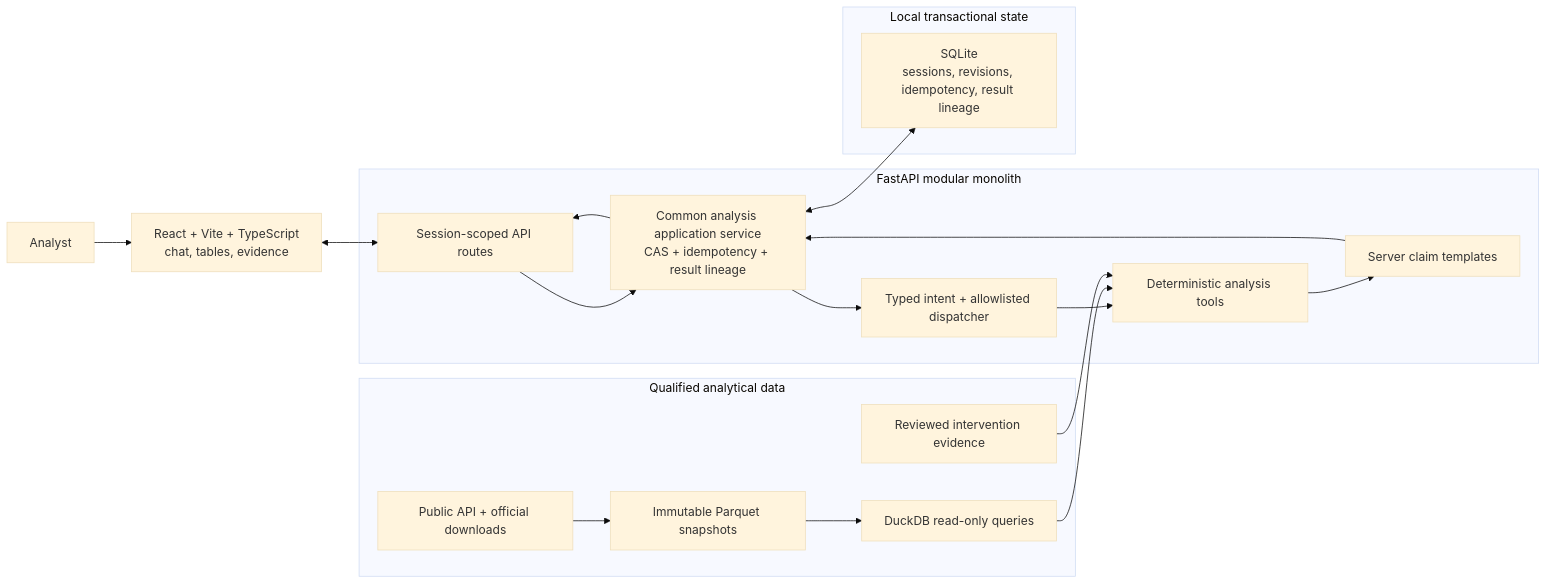
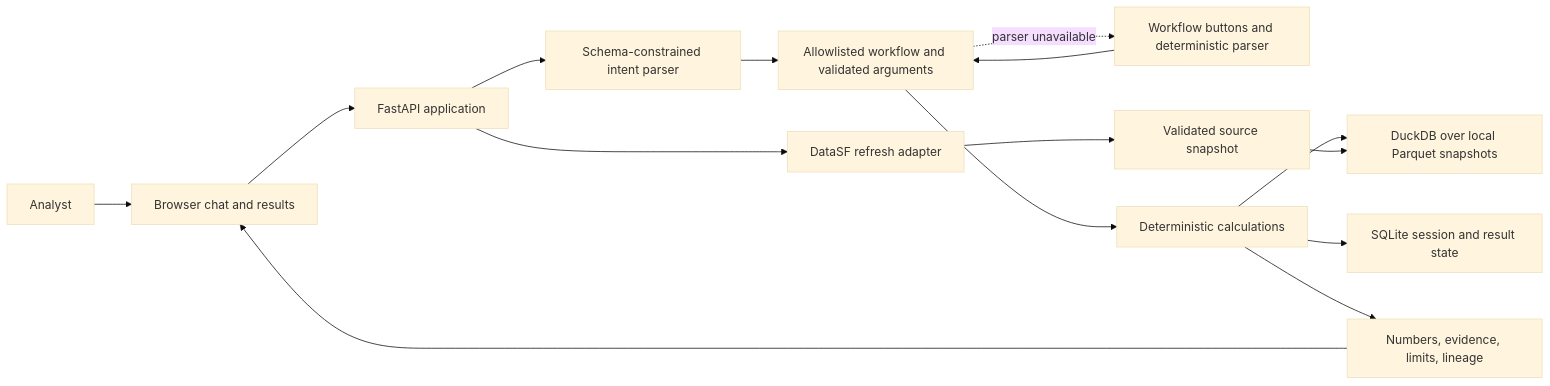
One commit to Bar-Bettash/deloitte-home-assignment changed the first of 2 diagrams in README.md. Above: the diagram before and after it, drawn with Mermaid (base theme). The commit also changed other lines of this file and 2 other files, not shown here.

````diff
--- a/README.md
+++ b/README.md
@@ -66,34 +20,17 @@
 ```mermaid
 flowchart LR
-    Analyst[Analyst] --> UI[React + Vite + TypeScript<br/>chat, tables, evidence]
-
-    subgraph Backend[FastAPI modular monolith]
-      API[Session-scoped API routes]
-      Service[Common analysis application service<br/>CAS + idempotency + result lineage]
-      Agent[Typed intent + allowlisted dispatcher]
-      Tools[Deterministic analysis tools]
-      Render[Server claim templates]
-      API --> Service
-      Service --> Agent --> Tools --> Render --> Service
-      Service --> API
-    end
-
-    UI <--> API
-
-    subgraph Data[Qualified analytical data]
-      Sources[Public API + official downloads]
-      Snapshots[Immutable Parquet snapshots]
-      Query[DuckDB read-only queries]
-      Evidence[Reviewed intervention evidence]
-      Sources --> Snapshots --> Query
-    end
-
-    Query --> Tools
-    Evidence --> Tools
-
-    subgraph State[Local transactional state]
-      SQLite[SQLite<br/>sessions, revisions, idempotency, result lineage]
-    end
-
-    Service <--> SQLite
+  User[Analyst] --> UI[Browser chat and results]
+  UI --> API[FastAPI application]
+  API --> AI[Schema-constrained intent parser]
+  AI --> Router[Allowlisted workflow and validated arguments]
+  Router -. parser unavailable .-> Quick[Workflow buttons and deterministic parser]
+  Quick --> Router
+  Router --> Calc[Deterministic calculations]
+  Calc --> Data[DuckDB over local Parquet snapshots]
+  Calc --> State[SQLite session and result state]
+  API --> Refresh[DataSF refresh adapter]
+  Refresh --> Snapshot[Validated source snapshot]
+  Snapshot --> Data
+  Calc --> Response[Numbers, evidence, limits, lineage]
+  Response --> UI
 ```
````
